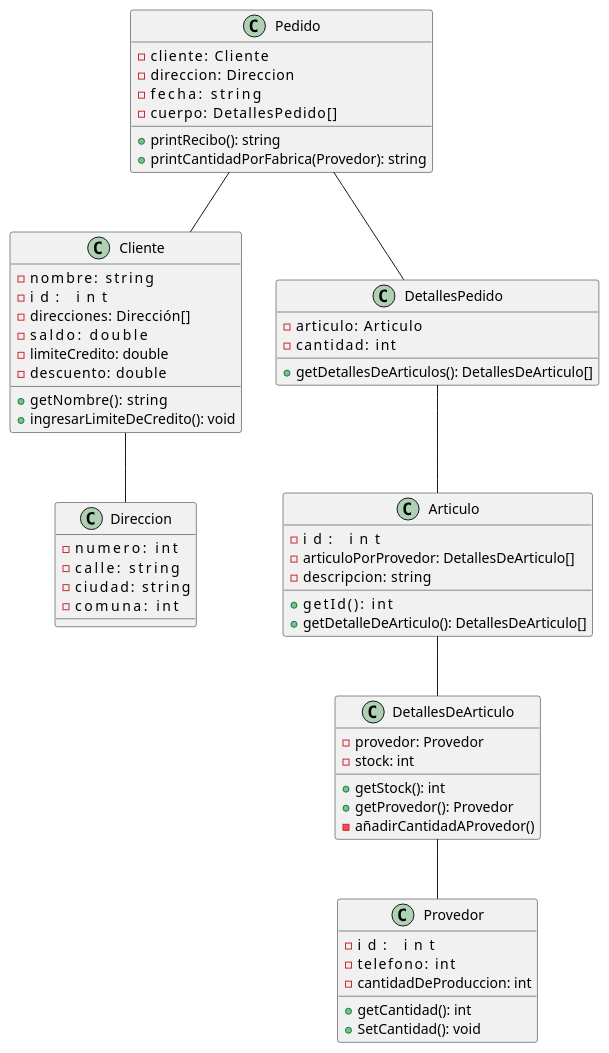
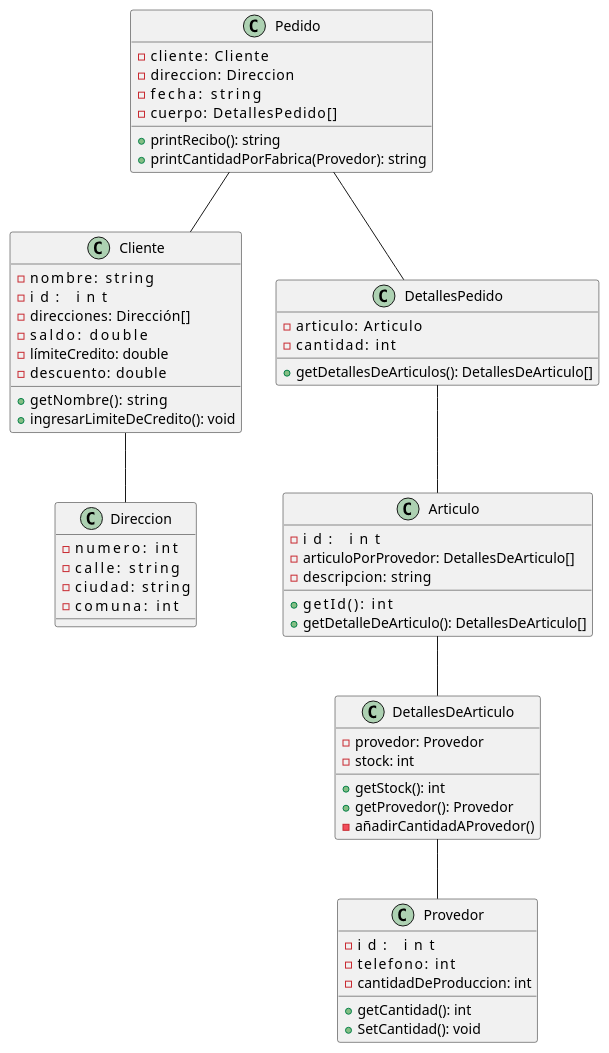
The diagram in segundo.puml (jorge1b3/UMLBasesDeDatos1), drawn with PlantUML before and after one commit.

Commit message:
Agregando más extra

```diff
--- a/segundo.puml
+++ b/segundo.puml
@@ -1,65 +1,65 @@
 @startuml Segundo
 class Cliente{
     -nombre:        string
     -id:            int
     -direcciones:   Dirección[]
     -saldo:         double
-    -limiteCredito: double
+    -límiteCredito: double
     -descuento:     double
     +getNombre():   string
     +ingresarLimiteDeCredito(): void
 }
 
 class Articulo{
     -id:            int
     -articuloPorProvedor: DetallesDeArticulo[]
     -descripcion:   string
     +getId():       int
     +getDetalleDeArticulo(): DetallesDeArticulo[]
 }
 
 class DetallesDeArticulo{
     -provedor: Provedor
     -stock: int
     +getStock(): int
     +getProvedor(): Provedor
     -añadirCantidadAProvedor()
 }
 
 class Provedor{
     -id:            int
     -telefono:      int
     -cantidadDeProduccion: int
     +getCantidad(): int
     +SetCantidad(): void
 }
 
 class Pedido{
     -cliente:       Cliente
     -direccion:     Direccion
     -fecha:         string
     -cuerpo:        DetallesPedido[]
     +printRecibo(): string
     +printCantidadPorFabrica(Provedor): string 
 }
 
 class DetallesPedido{
     -articulo:      Articulo
     -cantidad:      int
     +getDetallesDeArticulos(): DetallesDeArticulo[]
 }
 
 class Direccion{
     -numero:        int
     -calle:         string
     -ciudad:        string
     -comuna:        int
 }
 
 Articulo -- DetallesDeArticulo
 DetallesDeArticulo -- Provedor
 Pedido -- DetallesPedido
 Pedido -- Cliente
 DetallesPedido -- Articulo
 Cliente -- Direccion
 @enduml
```
